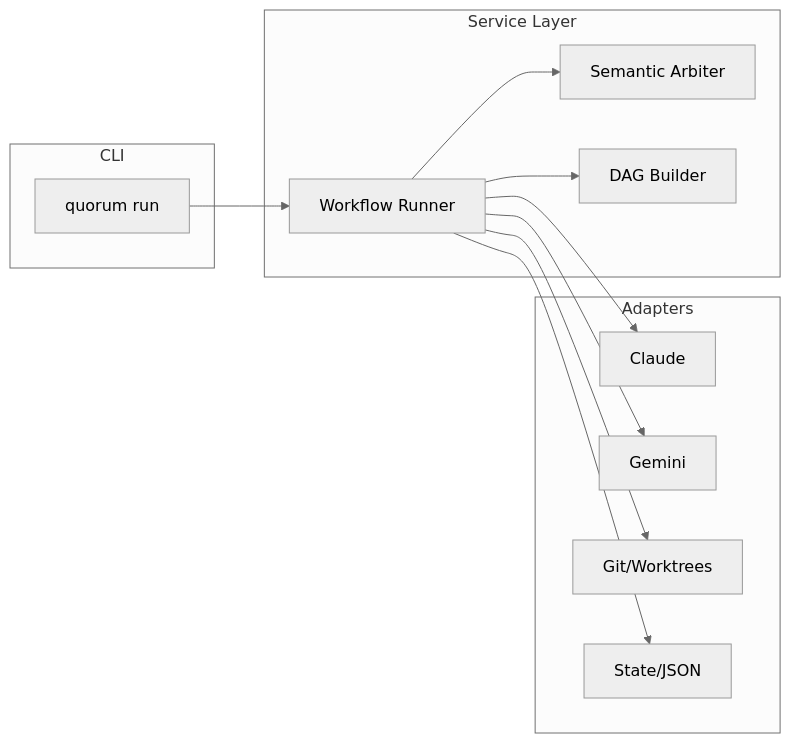
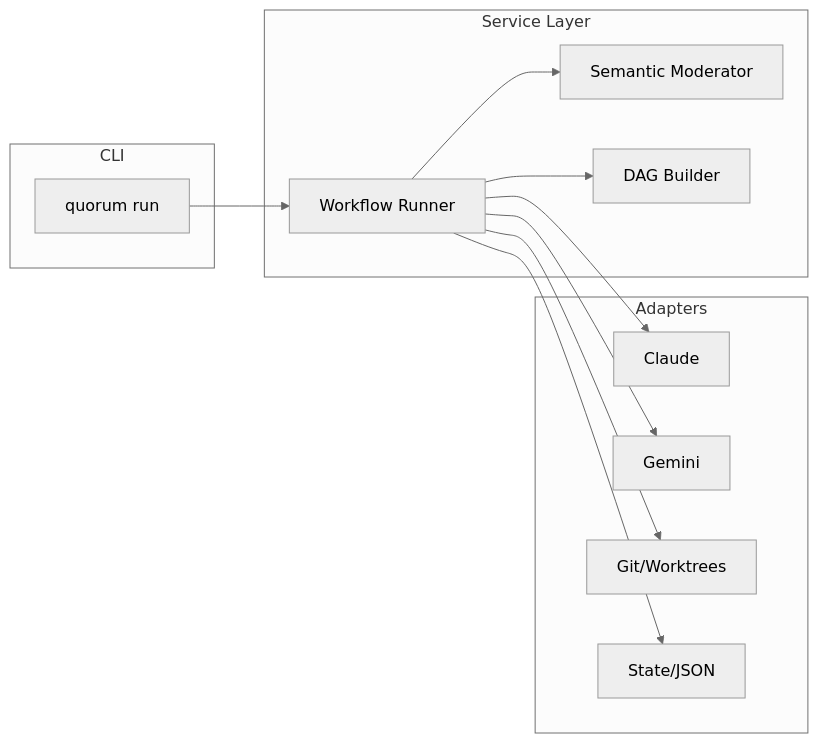
The diagram in README.md (hugo-lorenzo-mato/quorum-ai), drawn with Mermaid (neutral theme) before and after one commit. The commit also changed other lines of this file, not shown here.

````diff
--- a/README.md
+++ b/README.md
@@ -293,27 +305,27 @@
 ```mermaid
 graph LR
     subgraph "CLI"
         A[quorum run]
     end
 
     subgraph "Service Layer"
         B[Workflow Runner]
-        C[Semantic Arbiter]
+        C[Semantic Moderator]
         D[DAG Builder]
     end
 
     subgraph "Adapters"
         E[Claude]
         F[Gemini]
         G[Git/Worktrees]
         H[State/JSON]
     end
 
     A --> B
     B --> C
     B --> D
     B --> E
     B --> F
     B --> G
     B --> H
 ```
````
